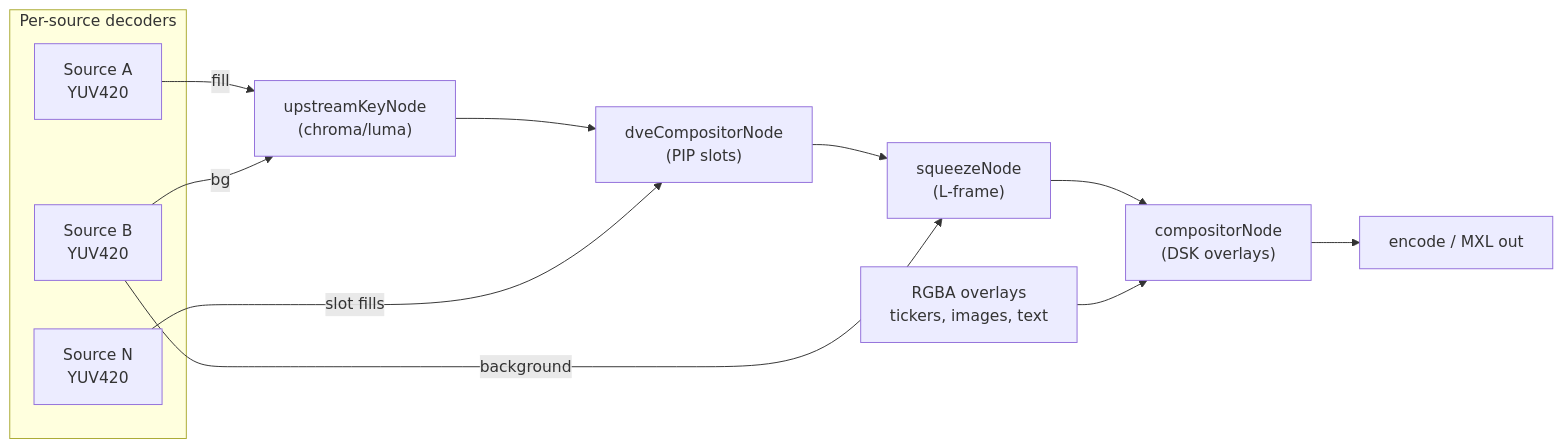
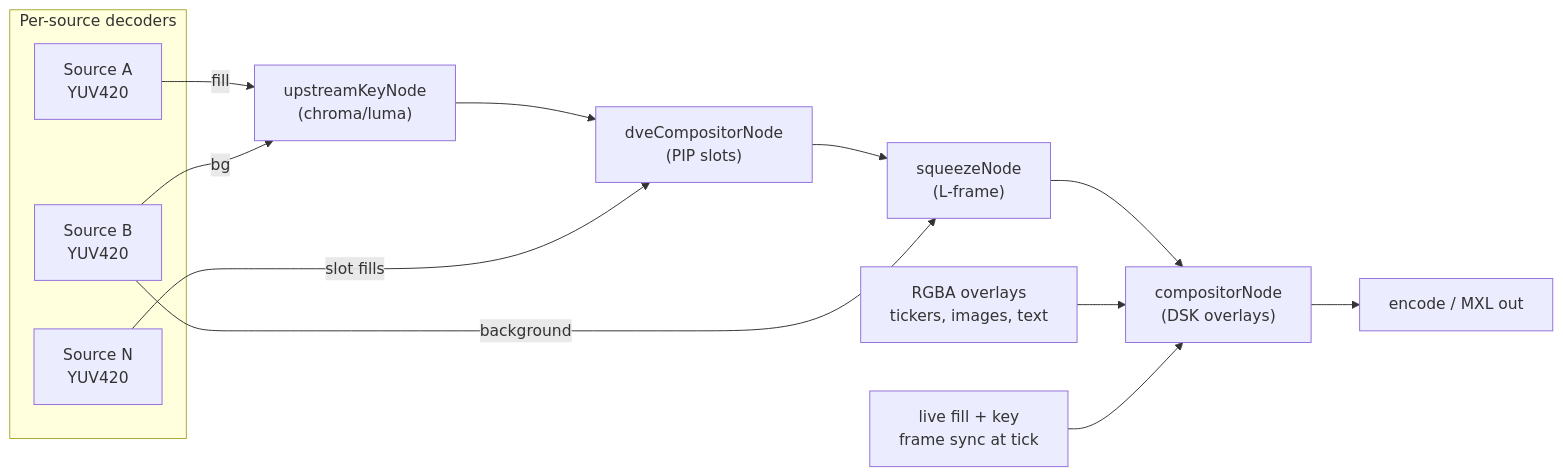
One commit to qvest-digital/dmf-mf-switchframe changed the diagram in docs/subsystems/graphics-and-dve.md. Above: the diagram before and after it, drawn with Mermaid. The commit also changed other lines of this file and 4 other files, not shown here.

First line of the commit message:
docs: describe live fill+key graphics layers

````diff
--- a/docs/subsystems/graphics-and-dve.md
+++ b/docs/subsystems/graphics-and-dve.md
@@ -25,17 +25,18 @@
 ```mermaid
 flowchart LR
   subgraph sources["Per-source decoders"]
     S1[Source A<br/>YUV420]
     S2[Source B<br/>YUV420]
     S3[Source N<br/>YUV420]
   end
   S1 -->|fill| UKN["upstreamKeyNode<br/>(chroma/luma)"]
   S2 -->|bg| UKN
   UKN --> DVEN["dveCompositorNode<br/>(PIP slots)"]
   S3 -->|slot fills| DVEN
   DVEN --> SQZN["squeezeNode<br/>(L-frame)"]
   S2 -->|background| SQZN
   SQZN --> DSKN["compositorNode<br/>(DSK overlays)"]
   OVR[RGBA overlays<br/>tickers, images, text] --> DSKN
+  LIVE[live fill + key<br/>frame sync at tick] --> DSKN
   DSKN --> ENC[encode / MXL out]
 ```
````
